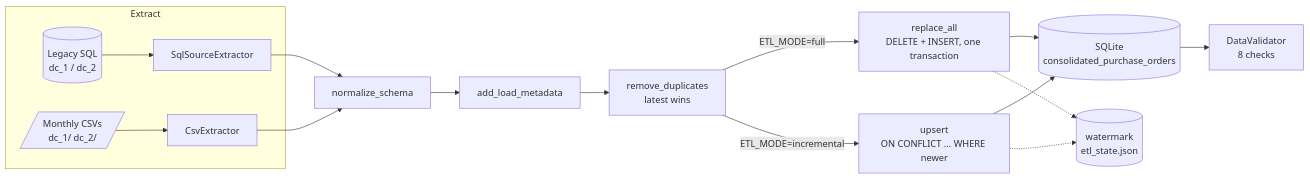
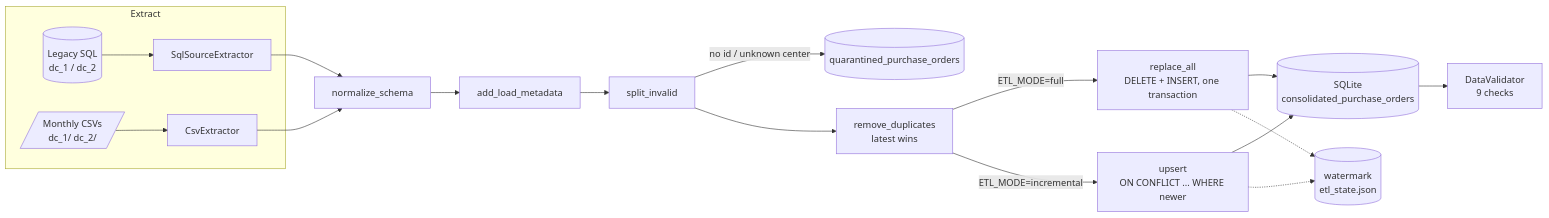
One commit to benedetto597/multi-source-orders-etl changed the diagram in docs/architecture.md. Above: the diagram before and after it, drawn with Mermaid. The commit also changed other lines of this file and 1 other file, not shown here.

Commit message:
docs: document quarantine and refresh sample numbers and diagrams

````diff
--- a/docs/architecture.md
+++ b/docs/architecture.md
@@ -15,18 +15,20 @@
 ```mermaid
 flowchart LR
     subgraph Extract
         A[(Legacy SQL<br/>dc_1 / dc_2)] --> X[SqlSourceExtractor]
         B[/Monthly CSVs<br/>dc_1/ dc_2//] --> Y[CsvExtractor]
     end
     X --> N[normalize_schema]
     Y --> N
     N --> M[add_load_metadata]
-    M --> D[remove_duplicates<br/>latest wins]
+    M --> QS[split_invalid]
+    QS -->|no id / unknown center| QT[(quarantined_purchase_orders)]
+    QS --> D[remove_duplicates<br/>latest wins]
     D -->|ETL_MODE=full| F[replace_all<br/>DELETE + INSERT, one transaction]
     D -->|ETL_MODE=incremental| U[upsert<br/>ON CONFLICT ... WHERE newer]
     F --> T[(SQLite<br/>consolidated_purchase_orders)]
     U --> T
-    T --> V[DataValidator<br/>8 checks]
+    T --> V[DataValidator<br/>9 checks]
     U -.-> W[(watermark<br/>etl_state.json)]
     F -.-> W
 ```
````
